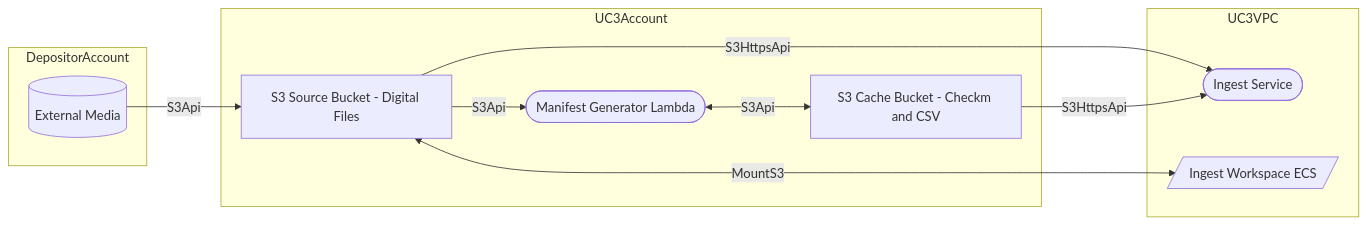
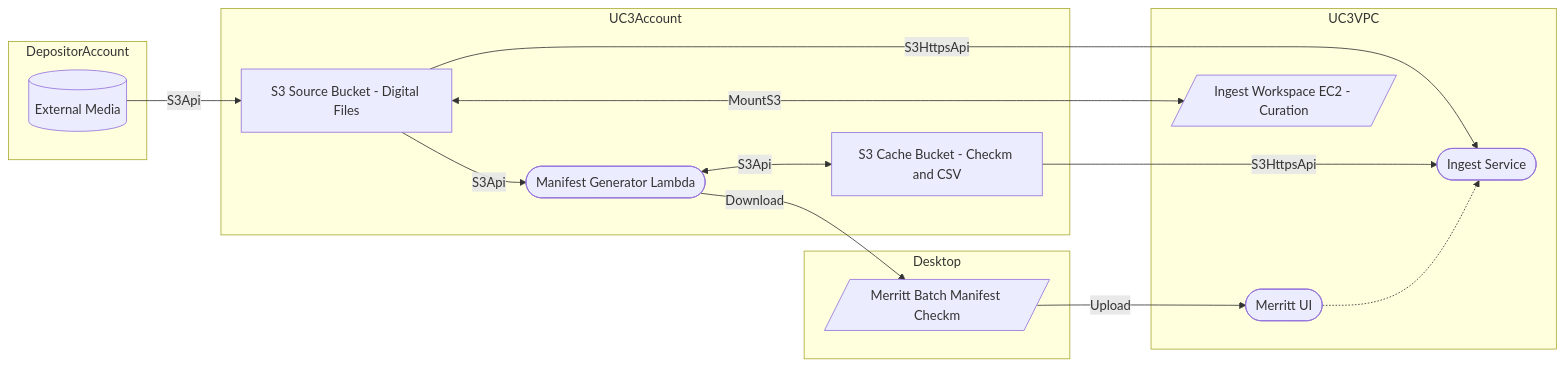
Before and after one commit to CDLUC3/mrt-manifest-gen: the diagram in use-case-1.md, drawn with Mermaid. The commit also changed 2 other files, not shown here.

Commit message:
Use case update

````diff
--- a/use-case-1.md
+++ b/use-case-1.md
@@ -10,29 +10,37 @@
 ```mermaid
 graph LR
   accTitle: 'Manifest Generator Use Case 1: UC3-Owned Source Bucket'
   accDescr {
     TBD
   }
 
   subgraph DepositorAccount
     ExternalMedia[(External Media)]
   end
 
   subgraph UC3Account
     S3SourceBucket[S3 Source Bucket - Digital Files]
     S3CacheBucket[S3 Cache Bucket - Checkm and CSV]
     ManifestGeneratorLambda([Manifest Generator Lambda])
   end
 
   subgraph UC3VPC
     Ingest([Ingest Service])
-    IngestWorkspaceEC2[/Ingest Workspace ECS/]
+    UI([Merritt UI])
+    IngestWorkspaceEC2[/Ingest Workspace EC2 - Curation/]
+  end
+
+  subgraph Desktop
+    Checkm[/Merritt Batch Manifest Checkm/]
   end
 
   ExternalMedia --> |S3Api| S3SourceBucket
   S3SourceBucket --> |S3Api| ManifestGeneratorLambda
   S3SourceBucket --> |S3HttpsApi| Ingest
   S3SourceBucket <--> |MountS3| IngestWorkspaceEC2
   ManifestGeneratorLambda <--> |S3Api| S3CacheBucket
   S3CacheBucket --> |S3HttpsApi| Ingest
+  ManifestGeneratorLambda --> |Download| Checkm
+  Checkm --> |Upload| UI
+  UI -.-> Ingest
 ```
````
